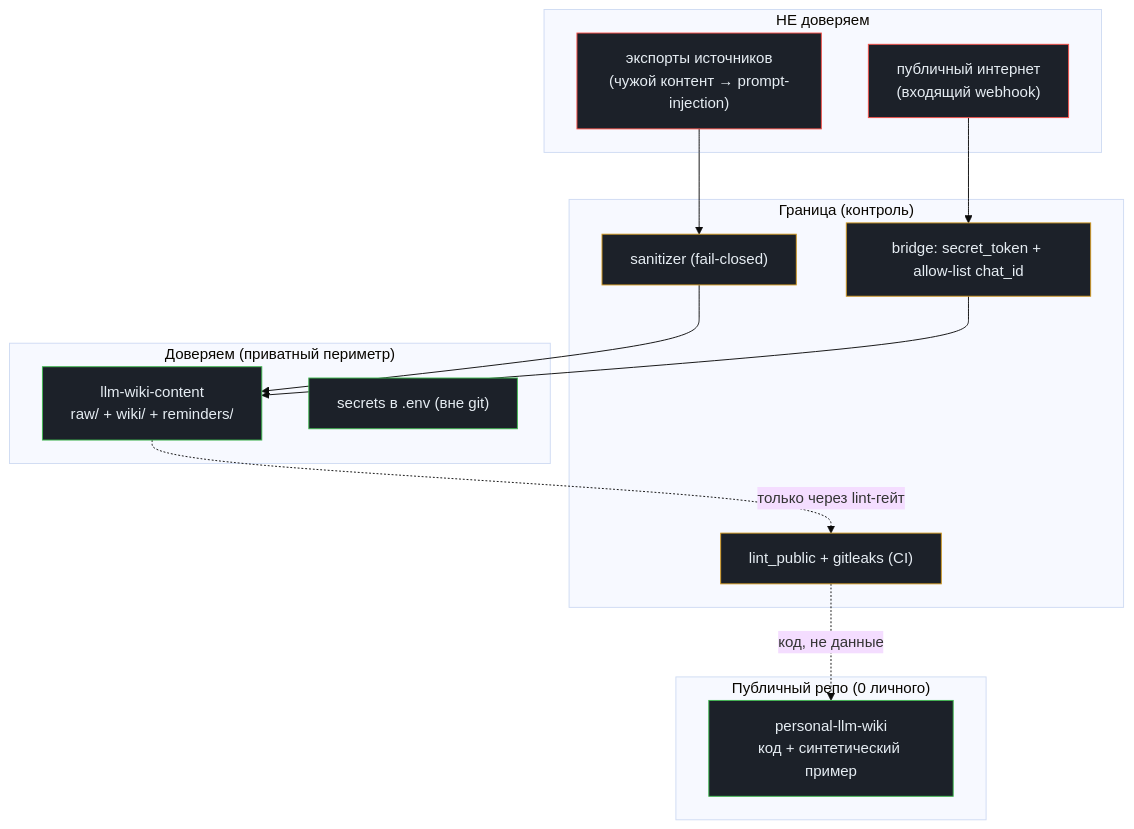
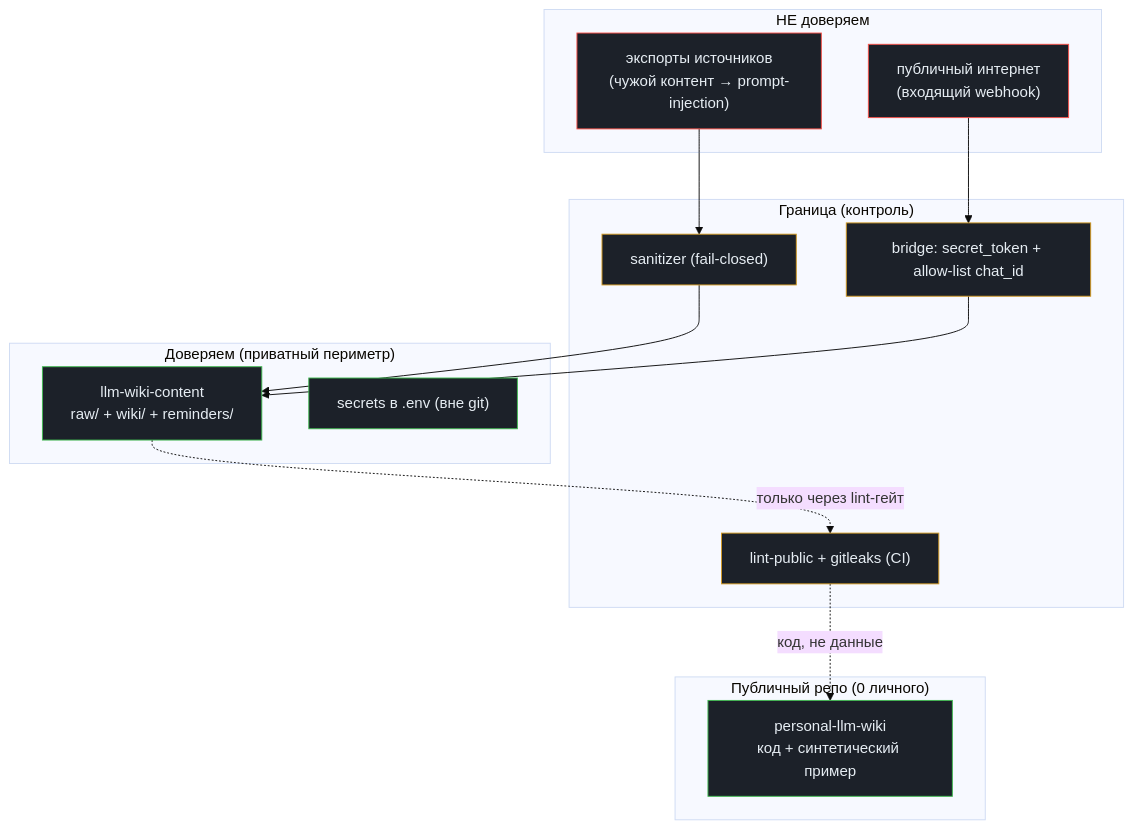
The fifth of 5 diagrams in docs/architecture/architecture.md (Kengston/personal-llm-wiki), drawn with Mermaid (base theme) before and after one commit. The commit also changed other lines of this file and 6 other files, not shown here.

````diff
--- a/docs/architecture/architecture.md
+++ b/docs/architecture/architecture.md
@@ -332,28 +332,28 @@
 ```mermaid
 flowchart TB
   subgraph UNTRUSTED["НЕ доверяем"]
     EXP["экспорты источников<br/>(чужой контент → prompt-injection)"]
     NET["публичный интернет<br/>(входящий webhook)"]
   end
   subgraph BOUNDARY["Граница (контроль)"]
     SAN2["sanitizer (fail-closed)"]
     GATE["bridge: secret_token + allow-list chat_id"]
-    LINT2["lint_public + gitleaks (CI)"]
+    LINT2["lint-public + gitleaks (CI)"]
   end
   subgraph TRUSTED["Доверяем (приватный периметр)"]
     PRIV2["llm-wiki-content<br/>raw/ + wiki/ + reminders/"]
     ENV["secrets в .env (вне git)"]
   end
   subgraph PUBLIC["Публичный репо (0 личного)"]
     FRAME["personal-llm-wiki<br/>код + синтетический пример"]
   end
   EXP --> SAN2 --> PRIV2
   NET --> GATE --> PRIV2
   PRIV2 -. "только через lint-гейт" .-> LINT2 -.->|"код, не данные"| FRAME
   classDef u fill:#1c2129,stroke:#f85149,color:#e6edf3
   classDef b fill:#1c2129,stroke:#d29922,color:#e6edf3
   classDef t fill:#1c2129,stroke:#3fb950,color:#e6edf3
   class EXP,NET u
   class SAN2,GATE,LINT2 b
   class PRIV2,ENV,FRAME t
 ```
````
